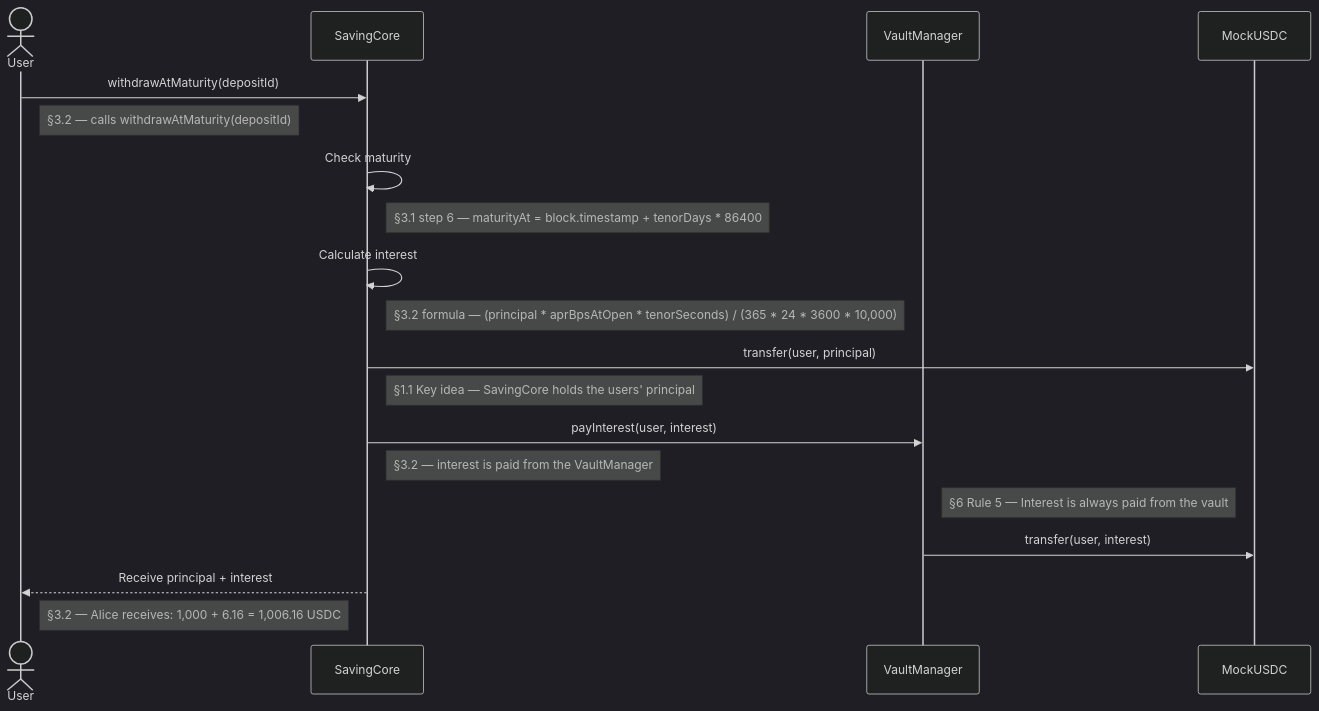
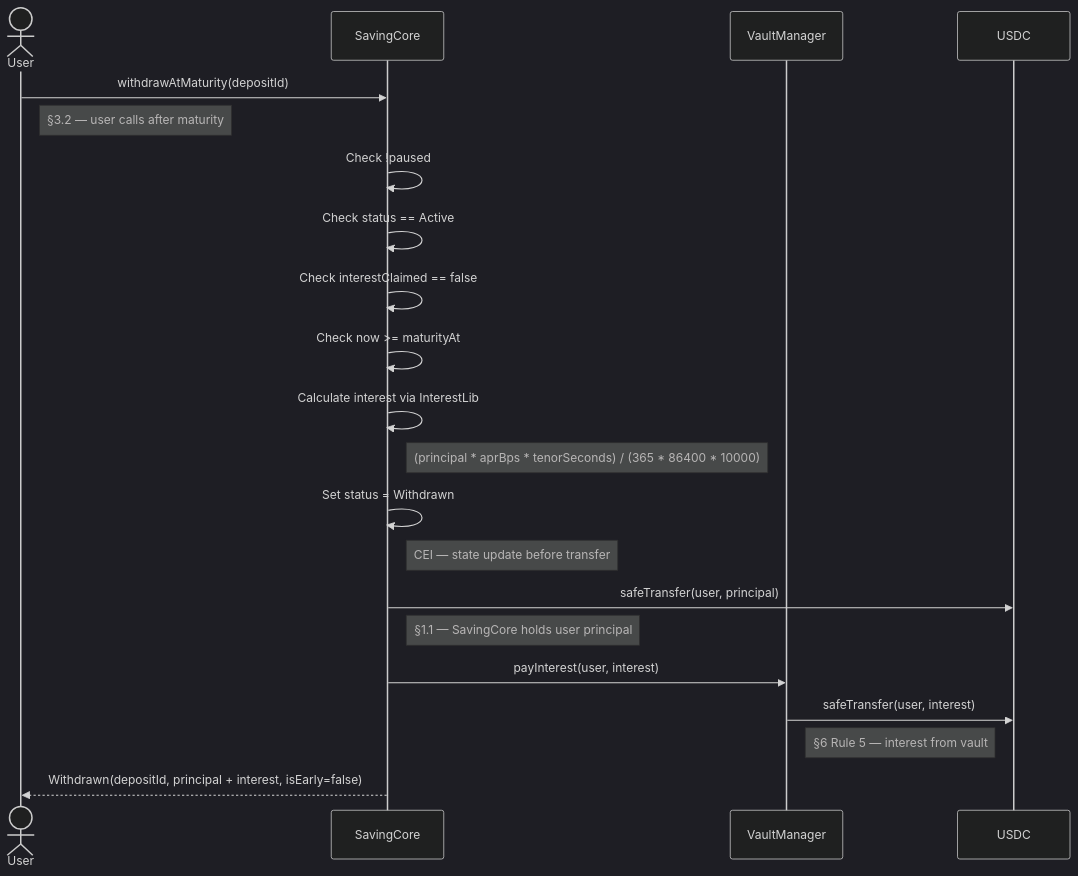
The second of 14 diagrams in docs/diagrams/sequence-diagram.md (yang-sin-pal/AC_BlockChain_Online_Saving), drawn with Mermaid (dark theme) before and after one commit. The commit also changed other lines of this file and 2 other files, not shown here.

First line of the commit message:
Enhance sequence and use case diagrams for Online Saving System

````diff
--- a/docs/diagrams/sequence-diagram.md
+++ b/docs/diagrams/sequence-diagram.md
@@ -45,28 +39,29 @@
 ```mermaid
 sequenceDiagram
     actor User
     participant Core as SavingCore
     participant Vault as VaultManager
-    participant USDC as MockUSDC
 
     User->>Core: withdrawAtMaturity(depositId)
-    Note right of User: §3.2 — calls withdrawAtMaturity(depositId)
+    Note right of User: §3.2 — user calls after maturity
 
-    Core->>Core: Check maturity
-    Note right of Core: §3.1 step 6 — maturityAt = block.timestamp + tenorDays * 86400
+    Core->>Core: Check !paused
+    Core->>Core: Check status == Active
+    Core->>Core: Check interestClaimed == false
+    Core->>Core: Check now >= maturityAt
 
-    Core->>Core: Calculate interest
-    Note right of Core: §3.2 formula — (principal * aprBpsAtOpen * tenorSeconds) / (365 * 24 * 3600 * 10,000)
+    Core->>Core: Calculate interest via InterestLib
+    Note right of Core: (principal * aprBps * tenorSeconds) / (365 * 86400 * 10000)
 
-    Core->>USDC: transfer(user, principal)
-    Note right of Core: §1.1 Key idea — SavingCore holds the users' principal
+    Core->>Core: Set status = Withdrawn
+    Note right of Core: CEI — state update before transfer
+
+    Core->>USDC: safeTransfer(user, principal)
+    Note right of Core: §1.1 — SavingCore holds user principal
 
     Core->>Vault: payInterest(user, interest)
-    Note right of Core: §3.2 — interest is paid from the VaultManager
-    Note right of Vault: §6 Rule 5 — Interest is always paid from the vault
+    Vault->>USDC: safeTransfer(user, interest)
+    Note right of Vault: §6 Rule 5 — interest from vault
 
-    Vault->>USDC: transfer(user, interest)
-
-    Core-->>User: Receive principal + interest
-    Note right of User: §3.2 — Alice receives: 1,000 + 6.16 = 1,006.16 USDC
+    Core-->>User: Withdrawn(depositId, principal + interest, isEarly=false)
 ```
````
